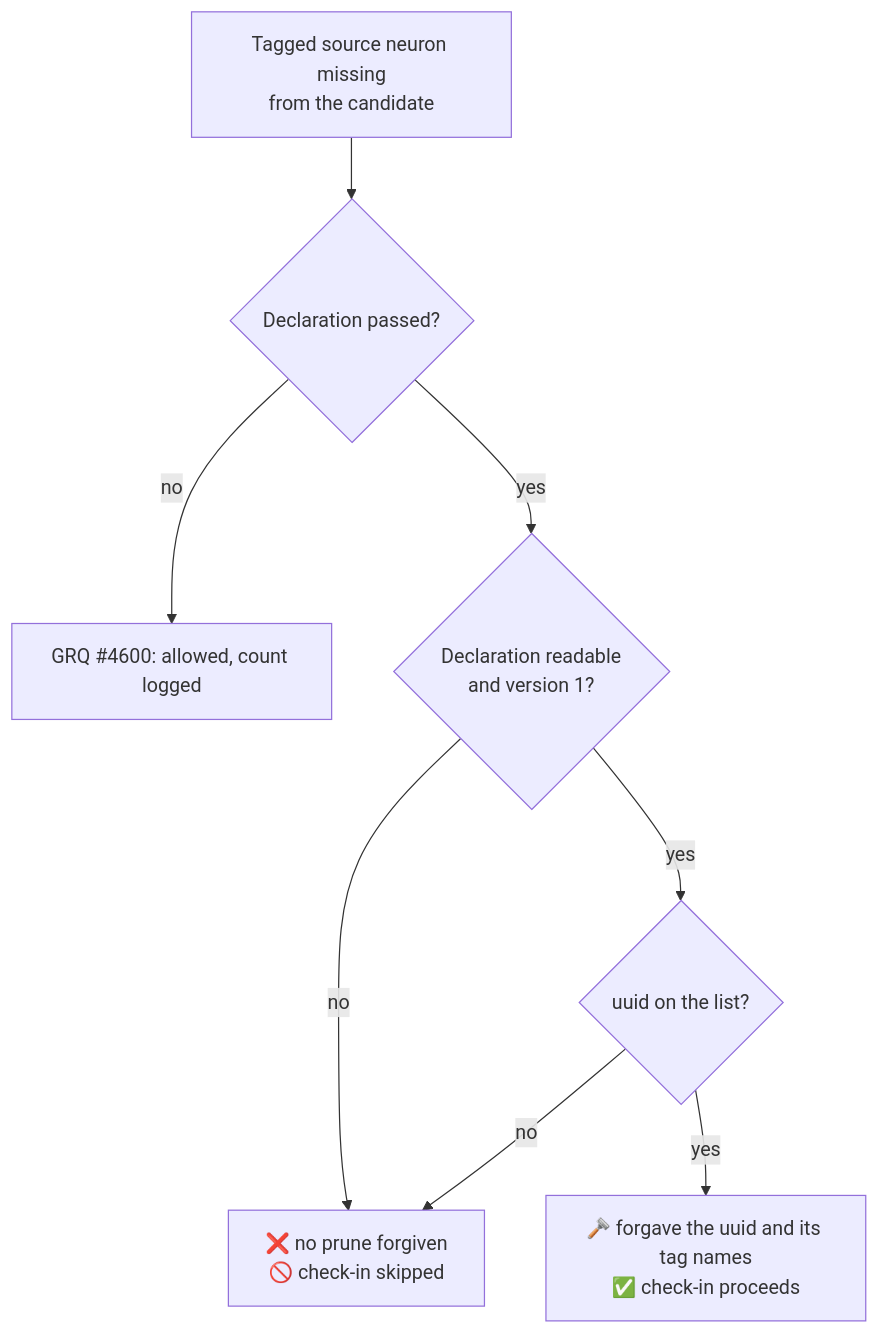
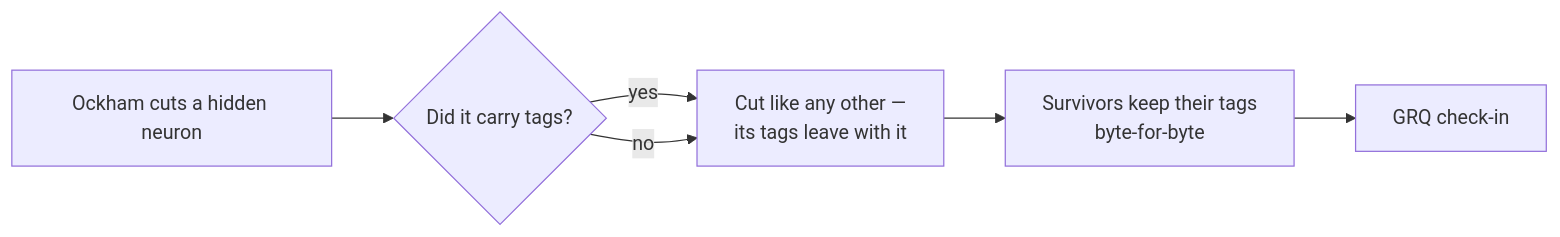
Before and after one commit to stSoftwareAU/NEAT-AI-Ockham: the third of 3 diagrams in docs/grq-integration.md, drawn with Mermaid. The commit also changed other lines of this file and 12 other files, not shown here.

Commit message:
Neuron tags are informational only — purge remaining tag-driven behaviour (Issue #87) (#90)

````diff
--- a/docs/grq-integration.md
+++ b/docs/grq-integration.md
@@ -492,10 +413,8 @@
 ```mermaid
-flowchart TD
-    A["Tagged source neuron missing<br/>from the candidate"] --> B{"Declaration passed?"}
-    B -- no --> C["GRQ #4600: allowed, count logged"]
-    B -- yes --> D{"Declaration readable<br/>and version 1?"}
-    D -- no --> E["❌ no prune forgiven<br/>🚫 check-in skipped"]
-    D -- yes --> F{"uuid on the list?"}
-    F -- no --> E
-    F -- yes --> G["🪒 forgave the uuid and its tag names<br/>✅ check-in proceeds"]
+flowchart LR
+    O["Ockham cuts a hidden neuron"] --> T{"Did it carry tags?"}
+    T -- yes --> C["Cut like any other —<br/>its tags leave with it"]
+    T -- no --> C
+    C --> S["Survivors keep their tags<br/>byte-for-byte"]
+    S --> G["GRQ check-in"]
 ```
````
